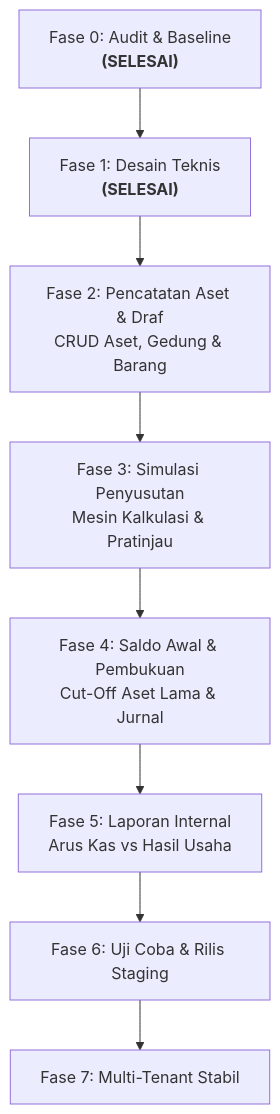
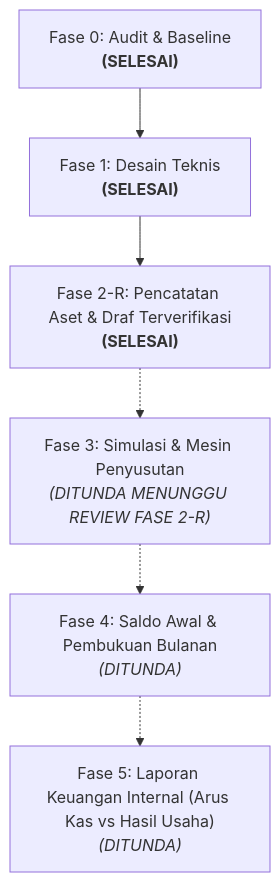
Before and after one commit to rhesal/simkos-v2: the second of 2 diagrams in docs/aset-inventaris-technical-design.md, drawn with Mermaid. The commit also changed other lines of this file and 9 other files, not shown here.

Commit message:
fix(aset): revisi Fase 2-R integritas data, otorisasi backfill, dan sinkronisasi desain

````diff
--- a/docs/aset-inventaris-technical-design.md
+++ b/docs/aset-inventaris-technical-design.md
@@ -573,10 +437,8 @@
 ```mermaid
 flowchart TD
     F0["Fase 0: Audit & Baseline<br><b>(SELESAI)</b>"] --> F1["Fase 1: Desain Teknis<br><b>(SELESAI)</b>"]
-    F1 --> F2["Fase 2: Pencatatan Aset & Draf<br>CRUD Aset, Gedung & Barang"]
-    F2 --> F3["Fase 3: Simulasi Penyusutan<br>Mesin Kalkulasi & Pratinjau"]
-    F3 --> F4["Fase 4: Saldo Awal & Pembukuan<br>Cut-Off Aset Lama & Jurnal"]
-    F4 --> F5["Fase 5: Laporan Internal<br>Arus Kas vs Hasil Usaha"]
-    F5 --> F6["Fase 6: Uji Coba & Rilis Staging"]
-    F6 --> F7["Fase 7: Multi-Tenant Stabil"]
+    F1 --> F2["Fase 2-R: Pencatatan Aset & Draf Terverifikasi<br><b>(SELESAI)</b>"]
+    F2 -.-> F3["Fase 3: Simulasi & Mesin Penyusutan<br><i>(DITUNDA MENUNGGU REVIEW FASE 2-R)</i>"]
+    F3 -.-> F4["Fase 4: Saldo Awal & Pembukuan Bulanan<br><i>(DITUNDA)</i>"]
+    F4 -.-> F5["Fase 5: Laporan Keuangan Internal (Arus Kas vs Hasil Usaha)<br><i>(DITUNDA)</i>"]
 ```
````
